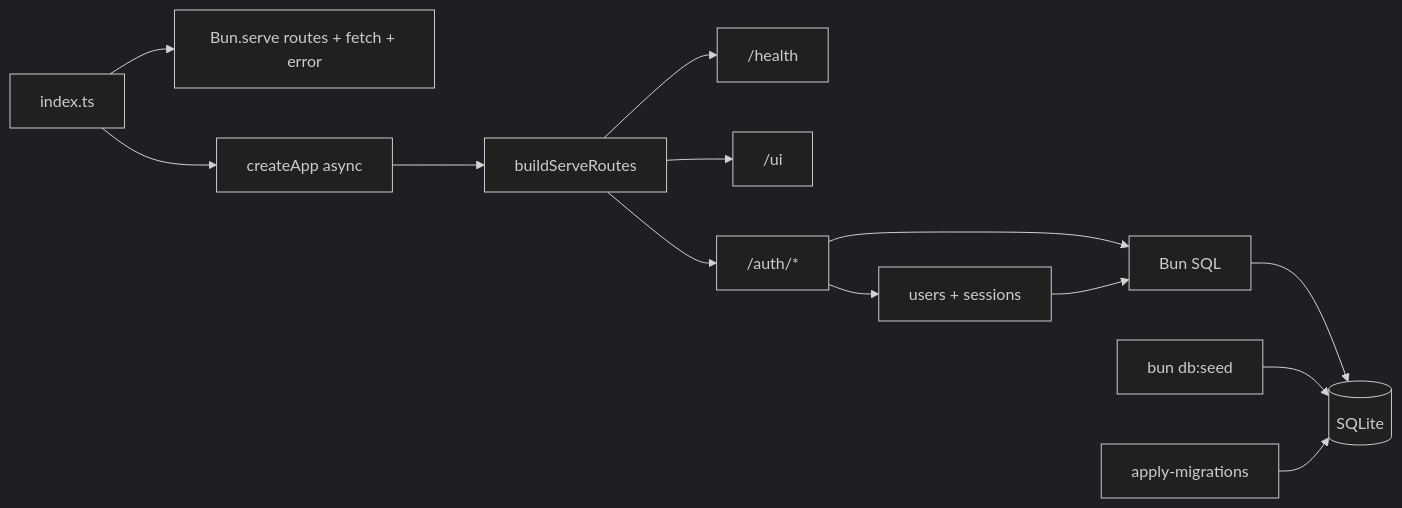
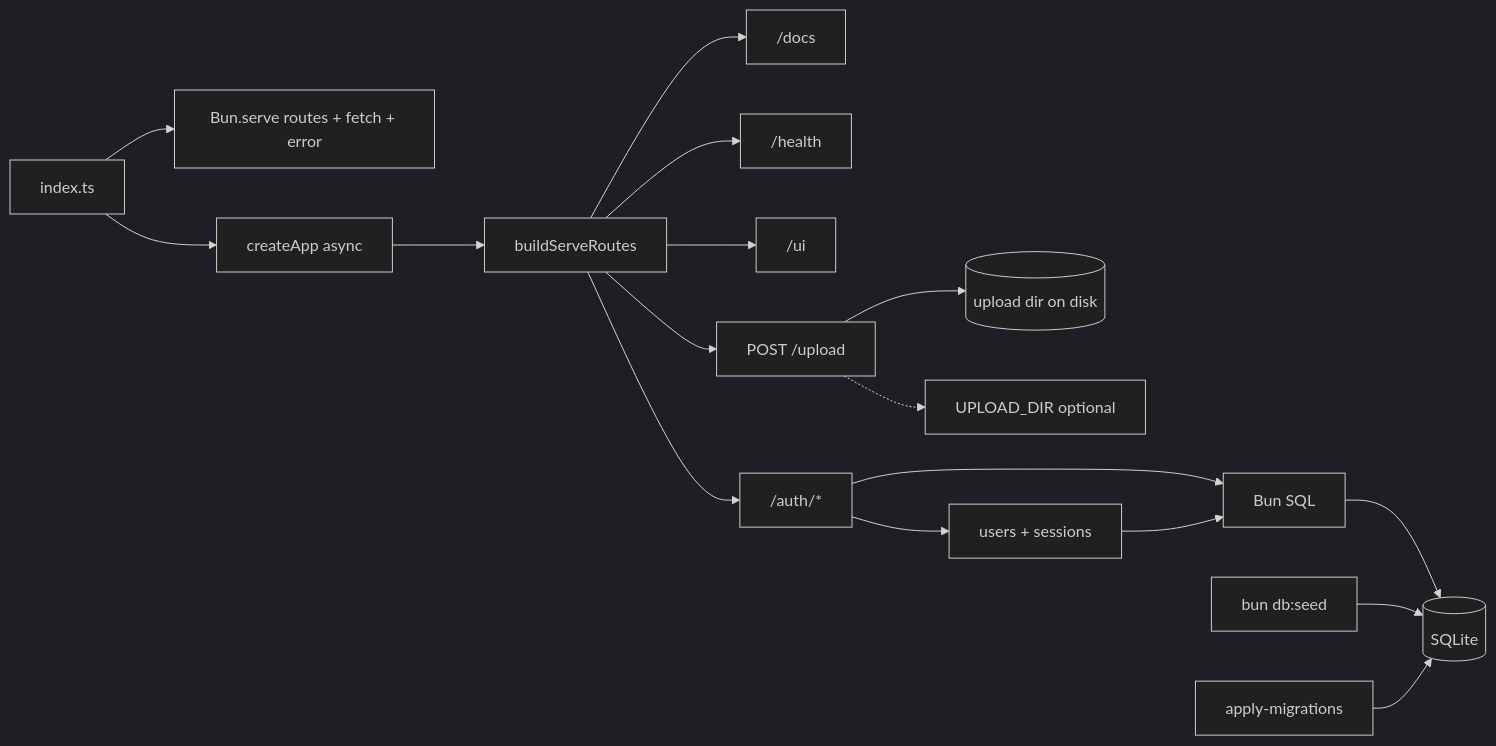
Before and after one commit to streamwhite/corymb: the first of 10 diagrams in features-logs/hono-server-crud.md, drawn with Mermaid (dark theme). The commit also changed other lines of this file and 73 other files, not shown here.

````diff
--- a/features-logs/hono-server-crud.md
+++ b/features-logs/hono-server-crud.md
@@ -5,15 +5,19 @@
 ```mermaid
 flowchart LR
   A[index.ts] --> S[Bun.serve routes + fetch + error]
   A --> B[createApp async]
   B --> R[buildServeRoutes]
+  R --> DOC["/docs"]
   R --> C["/health"]
   R --> U["/ui"]
   R --> D["/auth/*"]
+  R --> P["POST /upload"]
+  P --> FS[(upload dir on disk)]
+  P -.-> ENV["UPLOAD_DIR optional"]
   D --> G[Bun SQL]
   G --> H[(SQLite)]
   I[bun db:seed] --> H
   M[apply-migrations] --> H
   D --> UU["users + sessions"]
   UU --> G
 ```
````
